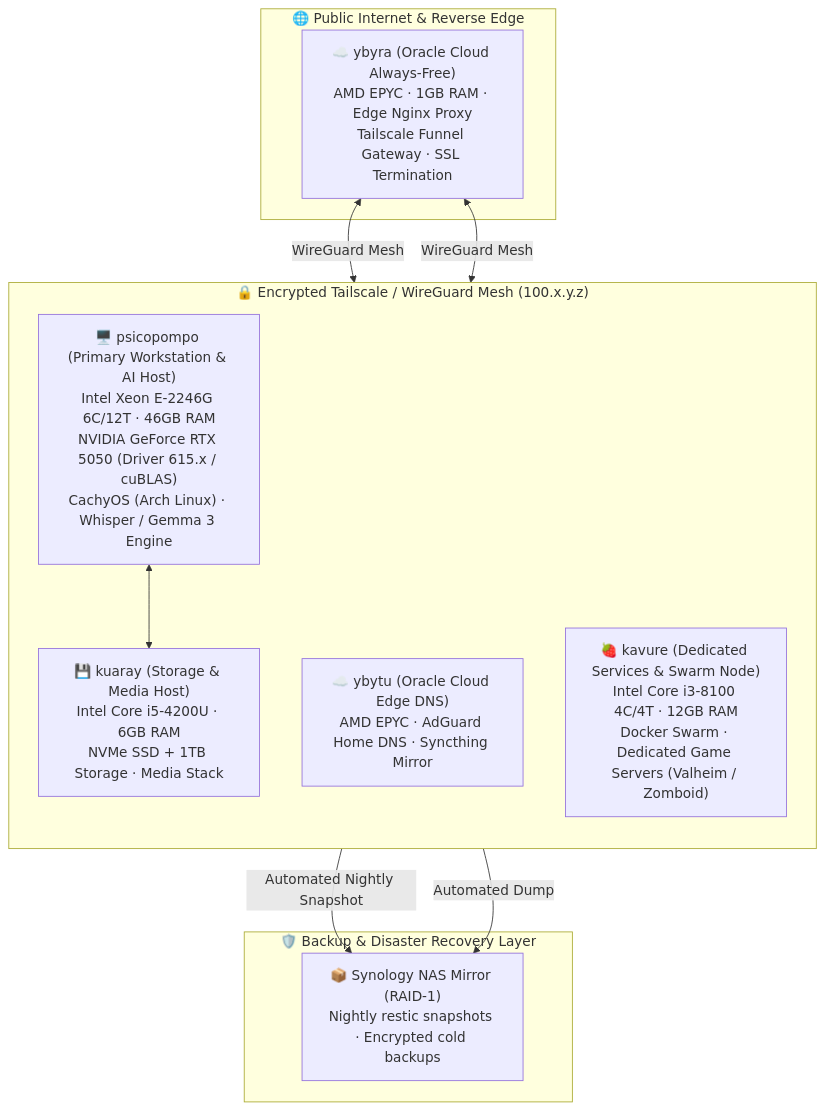
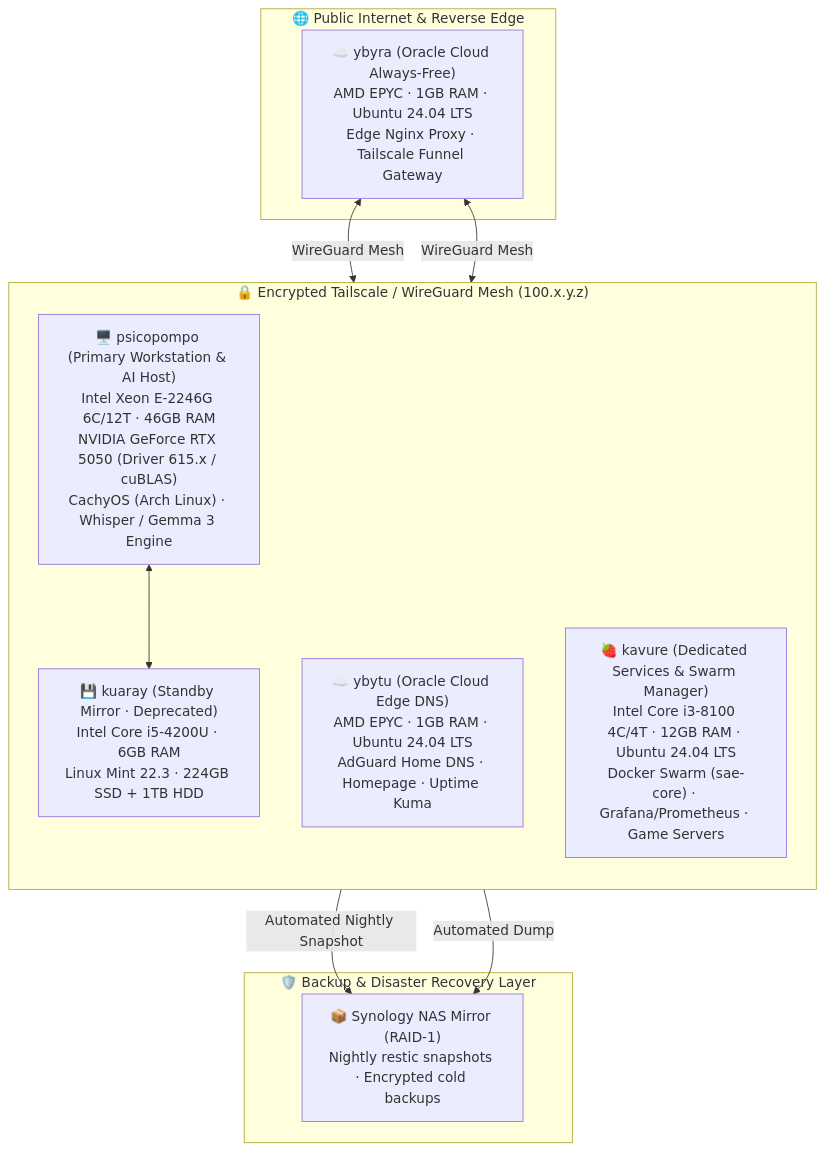
The diagram in README.md (ceduardorodrig/MNEMOCINE), drawn with Mermaid before and after one commit. The commit also changed other lines of this file and 1 other file, not shown here.

````diff
--- a/README.md
+++ b/README.md
@@ -45,28 +45,28 @@
 ```mermaid
 flowchart TD
     subgraph WAN ["🌐 Public Internet & Reverse Edge"]
-        YBYRA["☁️ ybyra (Oracle Cloud Always-Free)<br/>AMD EPYC · 1GB RAM · Edge Nginx Proxy<br/>Tailscale Funnel Gateway · SSL Termination"]
+        YBYRA["☁️ ybyra (Oracle Cloud Always-Free)<br/>AMD EPYC · 1GB RAM · Ubuntu 24.04 LTS<br/>Edge Nginx Proxy · Tailscale Funnel Gateway"]
     end
 
     subgraph MESH ["🔒 Encrypted Tailscale / WireGuard Mesh (100.x.y.z)"]
         direction TB
 
         PSICOPOMPO["🖥️ psicopompo (Primary Workstation & AI Host)<br/>Intel Xeon E-2246G 6C/12T · 46GB RAM<br/>NVIDIA GeForce RTX 5050 (Driver 615.x / cuBLAS)<br/>CachyOS (Arch Linux) · Whisper / Gemma 3 Engine"]
 
-        YBYTU["☁️ ybytu (Oracle Cloud Edge DNS)<br/>AMD EPYC · AdGuard Home DNS · Syncthing Mirror"]
+        YBYTU["☁️ ybytu (Oracle Cloud Edge DNS)<br/>AMD EPYC · 1GB RAM · Ubuntu 24.04 LTS<br/>AdGuard Home DNS · Homepage · Uptime Kuma"]
 
-        KUARAY["💾 kuaray (Storage & Media Host)<br/>Intel Core i5-4200U · 6GB RAM<br/>NVMe SSD + 1TB Storage · Media Stack"]
+        KAVURE["🍓 kavure (Dedicated Services & Swarm Manager)<br/>Intel Core i3-8100 4C/4T · 12GB RAM · Ubuntu 24.04 LTS<br/>Docker Swarm (sae-core) · Grafana/Prometheus · Game Servers"]
 
-        KAVURE["🍓 kavure (Dedicated Services & Swarm Node)<br/>Intel Core i3-8100 4C/4T · 12GB RAM<br/>Docker Swarm · Dedicated Game Servers (Valheim / Zomboid)"]
+        KUARAY["💾 kuaray (Standby Mirror · Deprecated)<br/>Intel Core i5-4200U · 6GB RAM<br/>Linux Mint 22.3 · 224GB SSD + 1TB HDD"]
     end
 
     subgraph STORAGE ["🛡️ Backup & Disaster Recovery Layer"]
         NAS["📦 Synology NAS Mirror (RAID-1)<br/>Nightly restic snapshots · Encrypted cold backups"]
     end
 
     YBYRA <-->|WireGuard Mesh| PSICOPOMPO
     YBYRA <-->|WireGuard Mesh| KAVURE
     PSICOPOMPO <--> KUARAY
     PSICOPOMPO -->|Automated Nightly Snapshot| NAS
     KAVURE -->|Automated Dump| NAS
 ```
````
